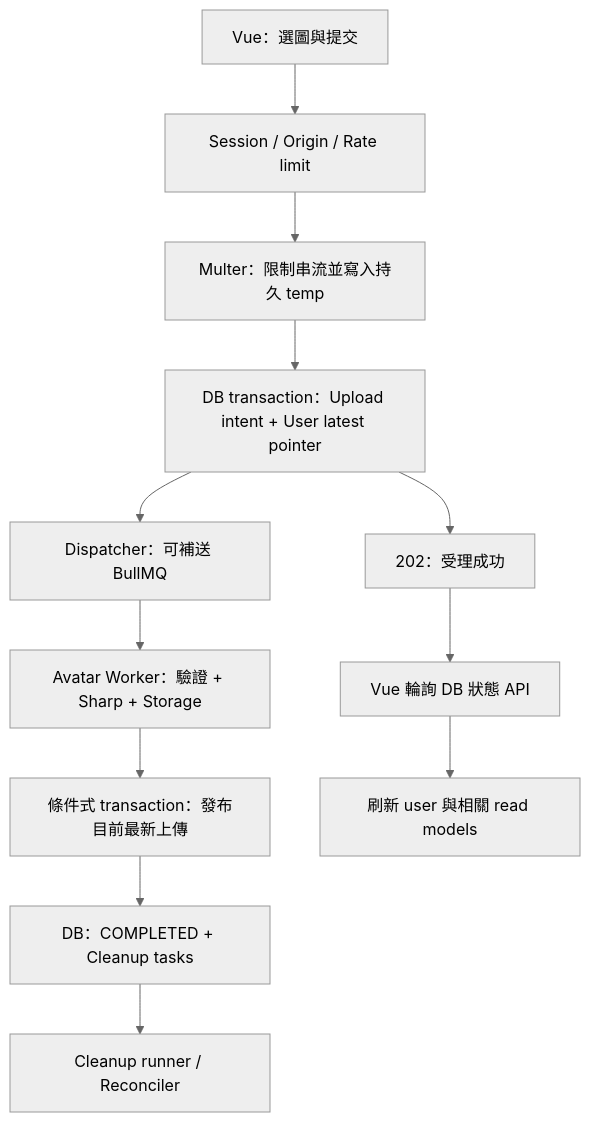
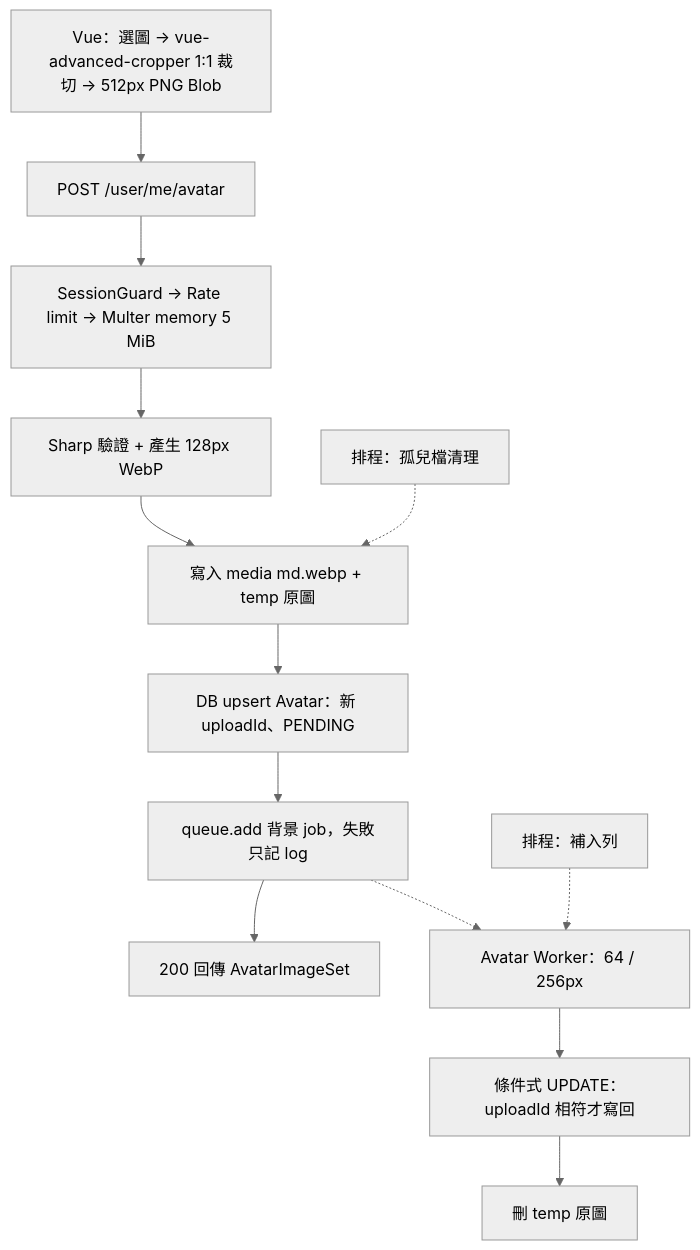
Before and after one commit to a41522001/kanban: the diagram in docs/avatar-processing-spec.md, drawn with Mermaid (neutral theme). The commit also changed other lines of this file and 28 other files, not shown here.

Commit message:
調整data schema 新增avatar table

````diff
--- a/docs/avatar-processing-spec.md
+++ b/docs/avatar-processing-spec.md
@@ -83,14 +44,15 @@
 ```mermaid
 flowchart TD
-  A[Vue：選圖與提交] --> B[Session / Origin / Rate limit]
-  B --> C[Multer：限制串流並寫入持久 temp]
-  C --> D[DB transaction：Upload intent + User latest pointer]
-  D --> E[202：受理成功]
-  D --> F[Dispatcher：可補送 BullMQ]
-  F --> G[Avatar Worker：驗證 + Sharp + Storage]
-  G --> H[條件式 transaction：發布目前最新上傳]
-  H --> I[DB：COMPLETED + Cleanup tasks]
-  I --> J[Cleanup runner / Reconciler]
-  E --> K[Vue 輪詢 DB 狀態 API]
-  K --> L[刷新 user 與相關 read models]
+  A[Vue：選圖 → vue-advanced-cropper 1:1 裁切 → 512px PNG Blob] --> B[POST /user/me/avatar]
+  B --> C[SessionGuard → Rate limit → Multer memory 5 MiB]
+  C --> D[Sharp 驗證 + 產生 128px WebP]
+  D --> E[寫入 media md.webp + temp 原圖]
+  E --> F[DB upsert Avatar：新 uploadId、PENDING]
+  F --> G[queue.add 背景 job，失敗只記 log]
+  G --> H[200 回傳 AvatarImageSet]
+  G -.-> I[Avatar Worker：64 / 256px]
+  I --> J[條件式 UPDATE：uploadId 相符才寫回]
+  J --> K[刪 temp 原圖]
+  L[排程：補入列] -.-> I
+  M[排程：孤兒檔清理] -.-> E
 ```
````
